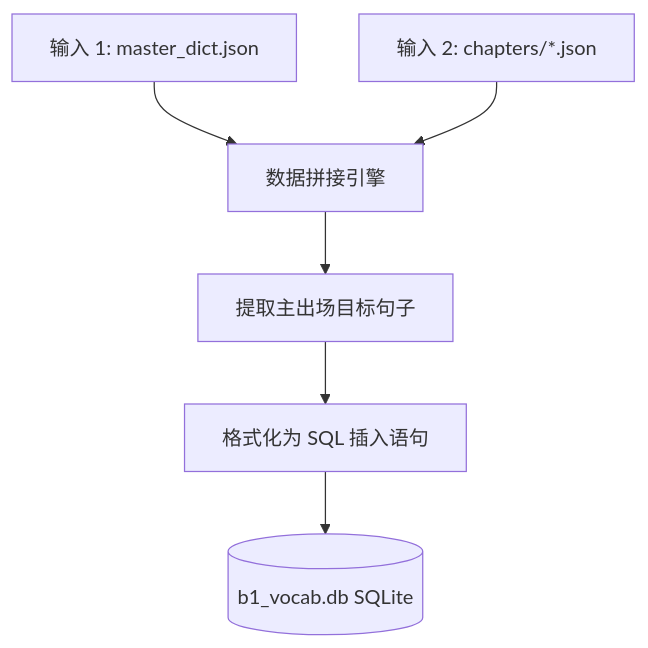
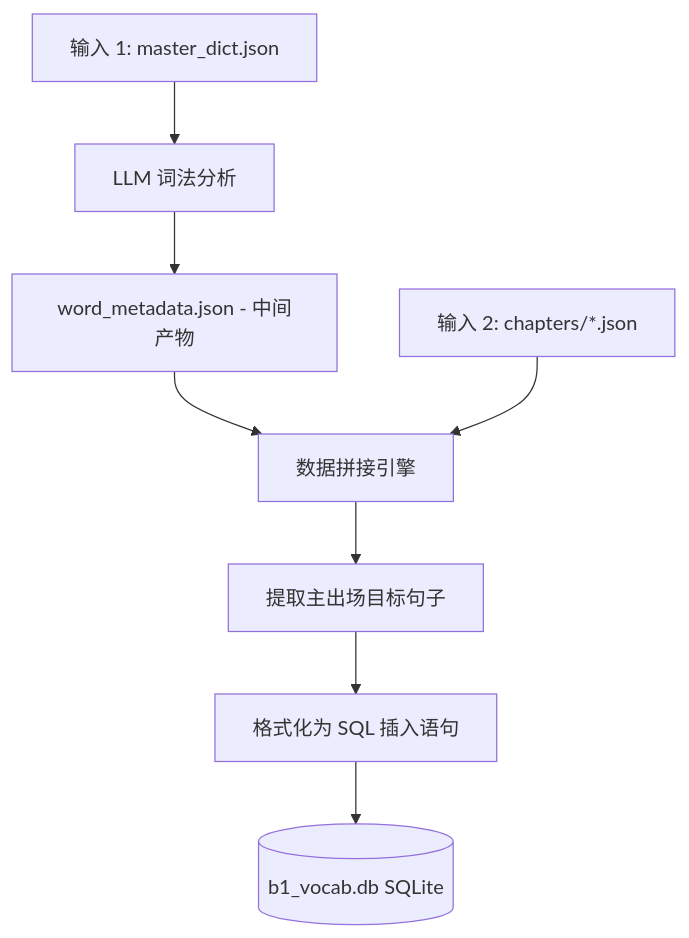
Before and after one commit to biogerm/language-learner: the diagram in docs/SPEC_03_DATABASE_EXPORT_ZH.md, drawn with Mermaid. The commit also changed other lines of this file and 1 other file, not shown here.

Commit message:
docs: major update to SPEC_03 — add morphological analysis step, full schema with verb/noun/adj columns, phrase exemption rule, audio filename field, and reinforced validation rules

````diff
--- a/docs/SPEC_03_DATABASE_EXPORT_ZH.md
+++ b/docs/SPEC_03_DATABASE_EXPORT_ZH.md
@@ -9,8 +11,10 @@
 ```mermaid
 graph TD
-    A[输入 1: master_dict.json] --> C[数据拼接引擎]
+    A[输入 1: master_dict.json] --> C0[LLM 词法分析]
+    C0 --> C1[word_metadata.json - 中间产物]
+    C1 --> C[数据拼接引擎]
     B[输入 2: chapters/*.json] --> C
     C --> D[提取主出场目标句子]
     D --> E[格式化为 SQL 插入语句]
     E --> F[(b1_vocab.db SQLite)]
 ```
````
